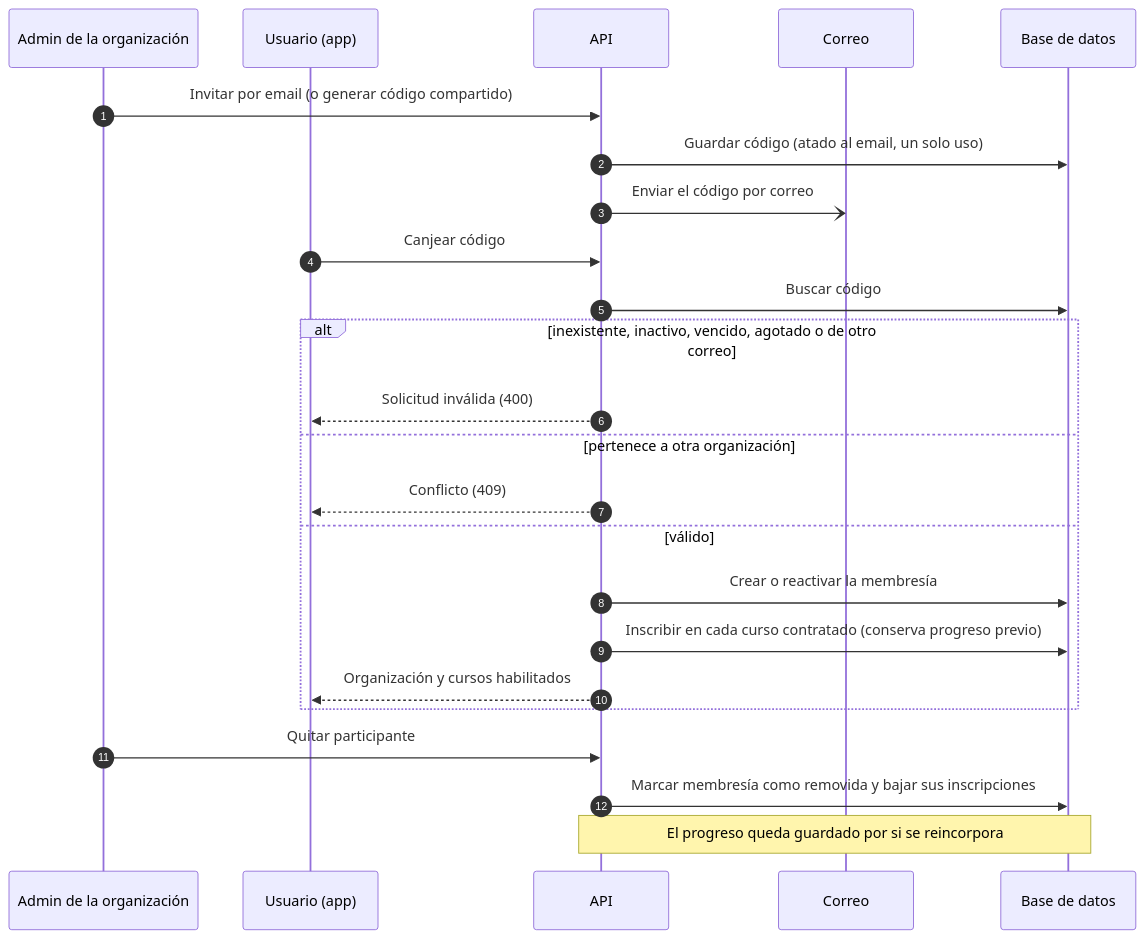
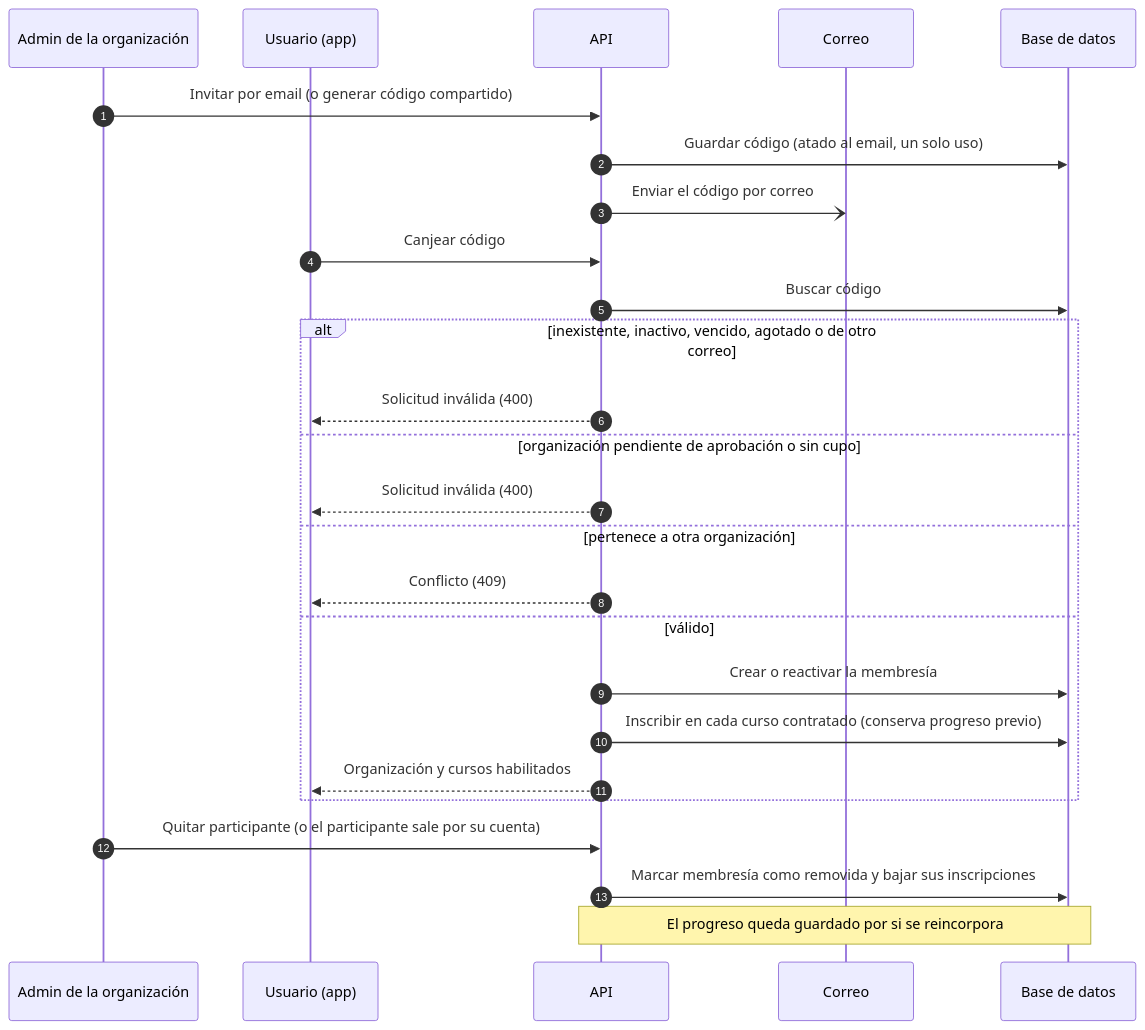
Diagram 17 of 25 in docs/diagrams/sequence.md (signasource/signa-api), drawn with Mermaid before and after one commit. The commit also changed other lines of this file and 46 other files, not shown here.

````diff
--- a/docs/diagrams/sequence.md
+++ b/docs/diagrams/sequence.md
@@ -469,27 +469,29 @@
 ```mermaid
 sequenceDiagram
     autonumber
     participant A as Admin de la organización
     participant C as Usuario (app)
     participant API as API
     participant M as Correo
     participant DB as Base de datos
 
     A->>API: Invitar por email (o generar código compartido)
     API->>DB: Guardar código (atado al email, un solo uso)
     API-)M: Enviar el código por correo
     C->>API: Canjear código
     API->>DB: Buscar código
     alt inexistente, inactivo, vencido, agotado o de otro correo
         API-->>C: Solicitud inválida (400)
+    else organización pendiente de aprobación o sin cupo
+        API-->>C: Solicitud inválida (400)
     else pertenece a otra organización
         API-->>C: Conflicto (409)
     else válido
         API->>DB: Crear o reactivar la membresía
         API->>DB: Inscribir en cada curso contratado (conserva progreso previo)
         API-->>C: Organización y cursos habilitados
     end
-    A->>API: Quitar participante
+    A->>API: Quitar participante (o el participante sale por su cuenta)
     API->>DB: Marcar membresía como removida y bajar sus inscripciones
     Note over API,DB: El progreso queda guardado por si se reincorpora
 ```
````
